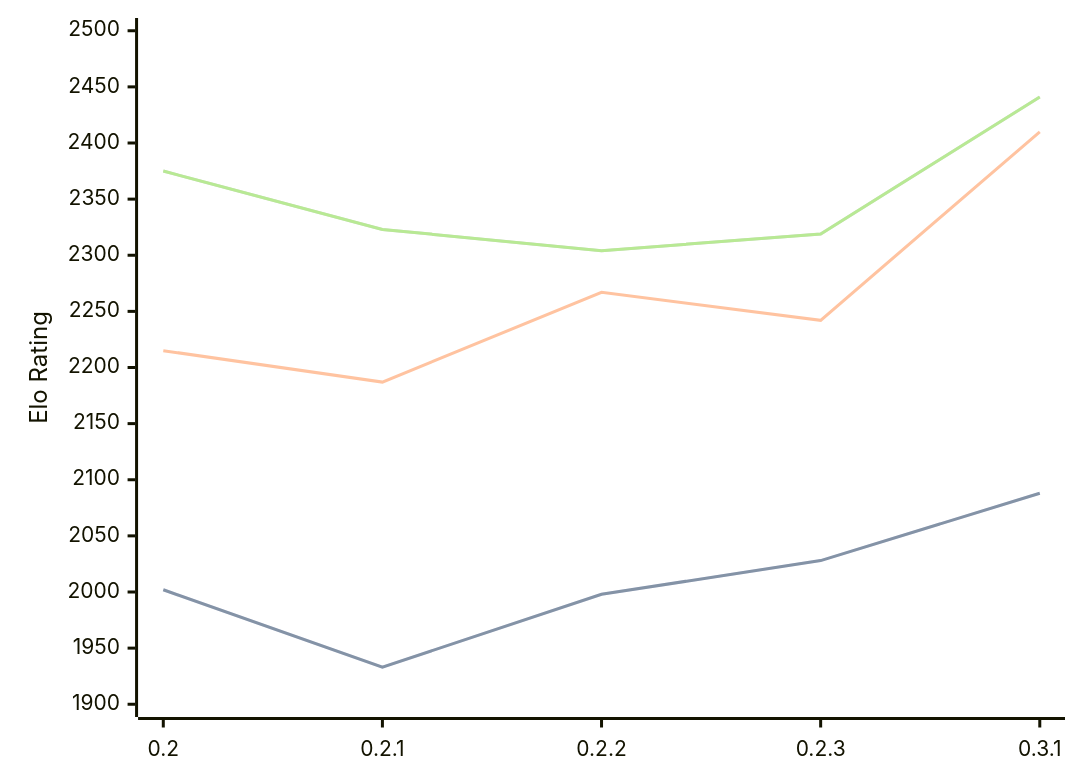
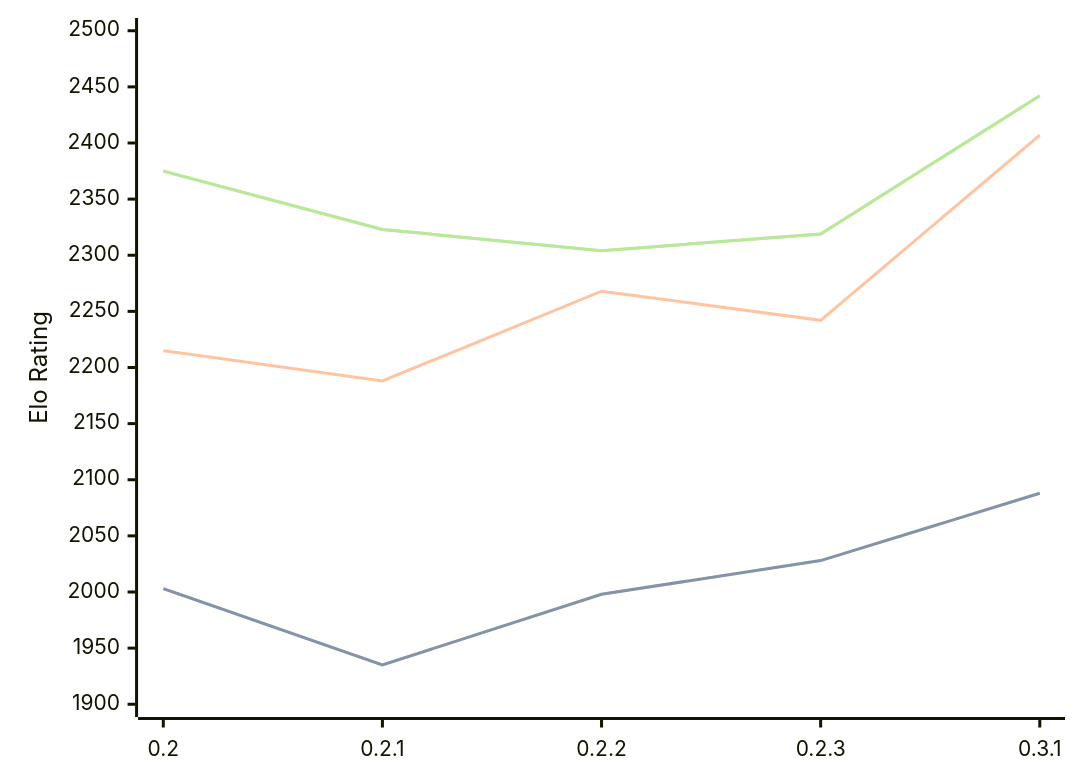
The diagram in engines/Lolbot.md (computer-chess-index/cci), drawn with Mermaid before and after one commit. The commit also changed other lines of this file, not shown here.

Commit message:
Update CCI Ratings (ELO VLTC) - 2026-10-08

````diff
--- a/engines/Lolbot.md
+++ b/engines/Lolbot.md
@@ -35,11 +35,11 @@
 ```mermaid
 %%{init: {"theme":"base","themeVariables":{"seriesColors:['#a3a3a3','#222221','#faa371']}}}%%
 xychart-beta
   x-axis ["0.2", "0.2.1", "0.2.2", "0.2.3", "0.3.1"]
   y-axis "Elo Rating" 1900 --> 2500
-  line "" [2002, 1933, 1998, 2028, 2088]
-  line "STC (8.0+0.08s)" [2002, 1933, 1998, 2028, 2088]
-  line "LTC (60.0+0.60s)" [2215, 2187, 2267, 2242, 2410]
-  line "" [2375, 2323, 2304, 2319, 2441]
-  line "VLTC (2m24s+1.12s)" [2375, 2323, 2304, 2319, 2441]
+  line "" [2003, 1935, 1998, 2028, 2088]
+  line "STC (8.0+0.08s)" [2003, 1935, 1998, 2028, 2088]
+  line "LTC (60.0+0.60s)" [2215, 2188, 2268, 2242, 2407]
+  line "" [2375, 2323, 2304, 2319, 2442]
+  line "VLTC (2m24s+1.12s)" [2375, 2323, 2304, 2319, 2442]
 ```
````
